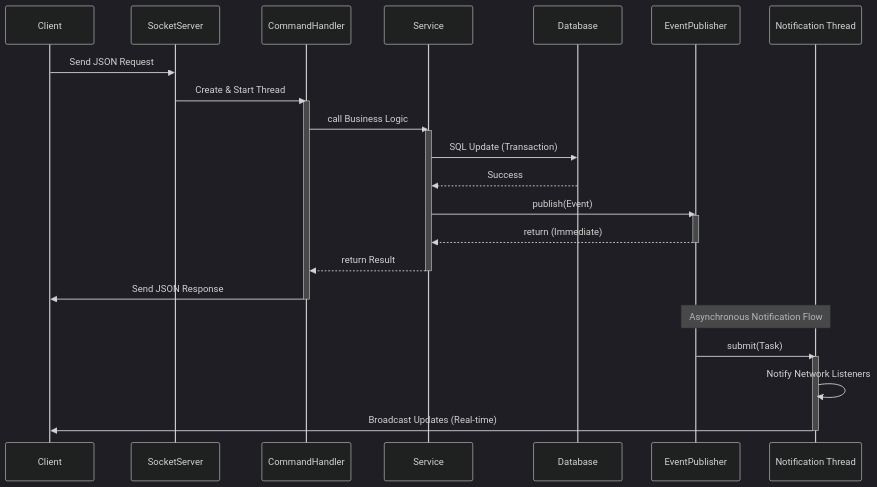
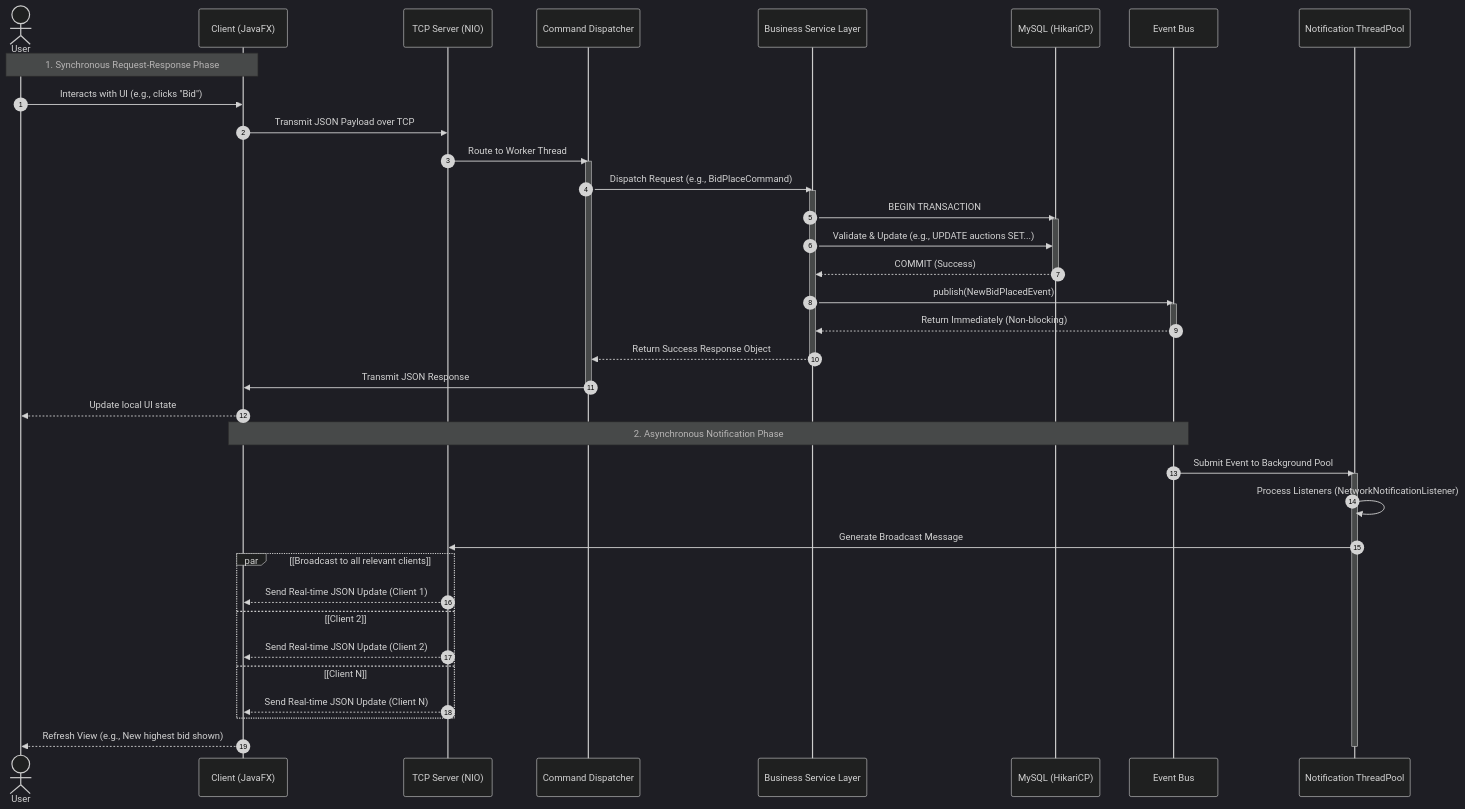
One commit to haidang9107/Bidding changed the diagram in docs/SequenceDiagram_Request.md. Above: the diagram before and after it, drawn with Mermaid (dark theme). The commit also changed other lines of this file and 160 other files, not shown here.

````diff
--- a/docs/SequenceDiagram_Request.md
+++ b/docs/SequenceDiagram_Request.md
@@ -3,35 +13,62 @@
 ```mermaid
 sequenceDiagram
-    participant Client
-    participant SocketServer
-    participant CommandHandler
-    participant Service
-    participant Database
-    participant EventPublisher
-    participant AsyncThread as Notification Thread
-
-    Client->>SocketServer: Send JSON Request
-    SocketServer->>CommandHandler: Create & Start Thread
+    autonumber
+    
+    actor User
+    participant ClientApp as Client (JavaFX)
+    participant SocketServer as TCP Server (NIO)
+    participant CommandHandler as Command Dispatcher
+    participant Service as Business Service Layer
+    participant Database as MySQL (HikariCP)
+    participant EventPublisher as Event Bus
+    participant AsyncThread as Notification ThreadPool
+    
+    %% Phase 1: Synchronous Handling
+    Note over User, ClientApp: 1. Synchronous Request-Response Phase
+    User->>ClientApp: Interacts with UI (e.g., clicks "Bid")
+    ClientApp->>SocketServer: Transmit JSON Payload over TCP
+    
+    SocketServer->>CommandHandler: Route to Worker Thread
     activate CommandHandler
-    CommandHandler->>Service: call Business Logic
+    
+    CommandHandler->>Service: Dispatch Request (e.g., BidPlaceCommand)
     activate Service
-    Service->>Database: SQL Update (Transaction)
-    Database-->>Service: Success
-    Service->>EventPublisher: publish(Event)
+    
+    Service->>Database: BEGIN TRANSACTION
+    activate Database
+    Service->>Database: Validate & Update (e.g., UPDATE auctions SET...)
+    Database-->>Service: COMMIT (Success)
+    deactivate Database
+    
+    %% Triggering the Event
+    Service->>EventPublisher: publish(NewBidPlacedEvent)
     activate EventPublisher
-    EventPublisher-->>Service: return (Immediate)
+    EventPublisher-->>Service: Return Immediately (Non-blocking)
     deactivate EventPublisher
     
-    Service-->>CommandHandler: return Result
+    Service-->>CommandHandler: Return Success Response Object
     deactivate Service
     
-    CommandHandler->>Client: Send JSON Response
+    CommandHandler->>ClientApp: Transmit JSON Response
     deactivate CommandHandler
-
-    Note over EventPublisher, AsyncThread: Asynchronous Notification Flow
-    EventPublisher->>AsyncThread: submit(Task)
+    ClientApp-->>User: Update local UI state
+    
+    %% Phase 2: Asynchronous Broadcast
+    Note over EventPublisher, ClientApp: 2. Asynchronous Notification Phase
+    EventPublisher->>AsyncThread: Submit Event to Background Pool
     activate AsyncThread
-    AsyncThread->>AsyncThread: Notify Network Listeners
-    AsyncThread->>Client: Broadcast Updates (Real-time)
+    
+    AsyncThread->>AsyncThread: Process Listeners (NetworkNotificationListener)
+    AsyncThread->>SocketServer: Generate Broadcast Message
+    
+    par [Broadcast to all relevant clients]
+        SocketServer-->>ClientApp: Send Real-time JSON Update (Client 1)
+    and [Client 2]
+        SocketServer-->>ClientApp: Send Real-time JSON Update (Client 2)
+    and [Client N]
+        SocketServer-->>ClientApp: Send Real-time JSON Update (Client N)
+    end
+    
+    ClientApp-->>User: Refresh View (e.g., New highest bid shown)
     deactivate AsyncThread
 ```
````
